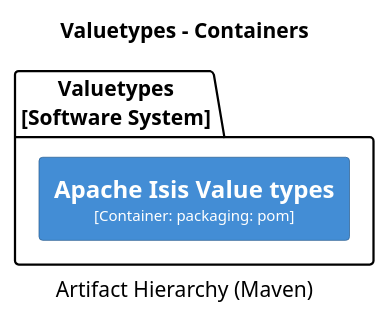
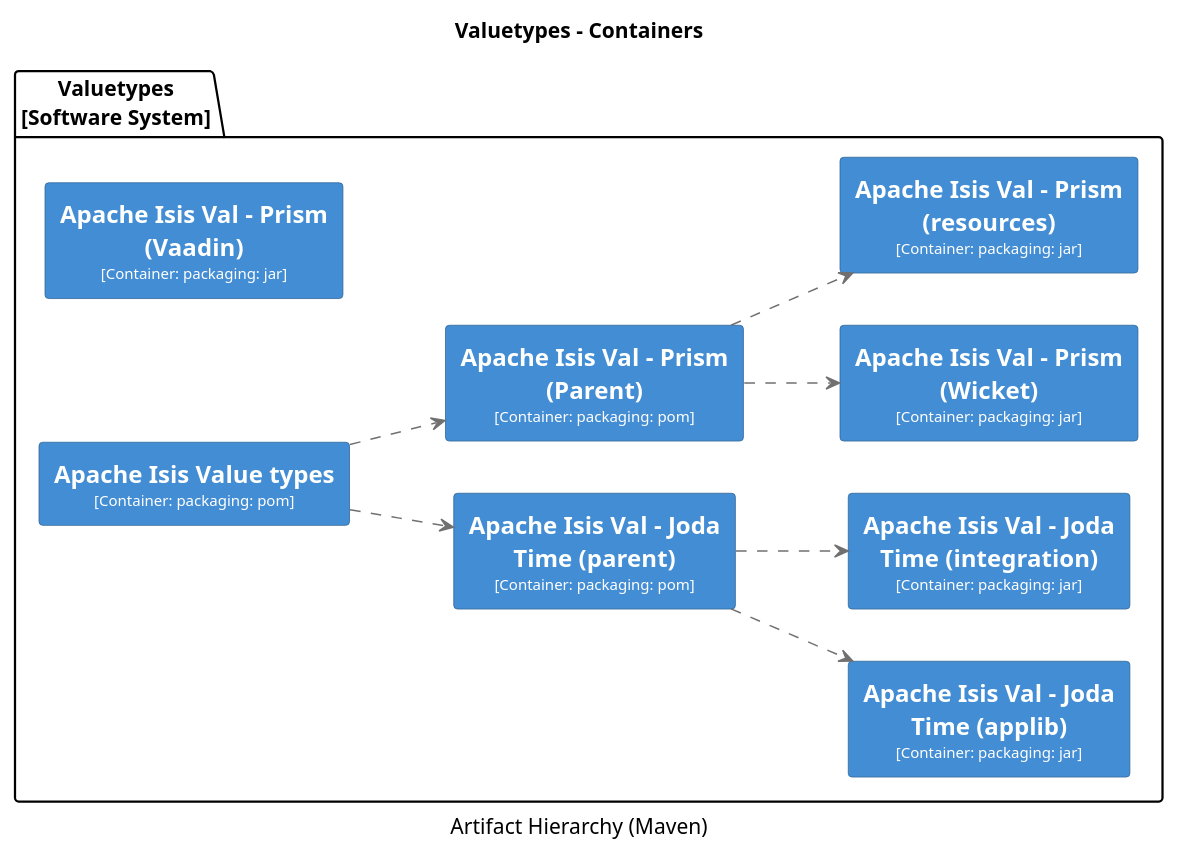
Before and after one commit to apache/causeway: diagram 17 of 38 in core/adoc/modules/_overview/pages/about.adoc, drawn with PlantUML. The commit also changed other lines of this file and 130 other files, not shown here.

```diff
--- a/core/adoc/modules/_overview/pages/about.adoc
+++ b/core/adoc/modules/_overview/pages/about.adoc
@@ -2790,25 +3053,73 @@
 [plantuml,Valuetypes,svg]
 ----
 @startuml(id=Valuetypes)
 title Valuetypes - Containers
 caption Artifact Hierarchy (Maven)
 
 skinparam {
   shadowing false
   arrowFontSize 10
   defaultTextAlignment center
   wrapWidth 200
   maxMessageSize 100
 }
 hide stereotype
 left to right direction
 skinparam rectangle<<2>> {
   BackgroundColor #438dd5
   FontColor #fffffe
   BorderColor #2E6295
 }
+skinparam rectangle<<3>> {
+  BackgroundColor #438dd5
+  FontColor #fffffe
+  BorderColor #2E6295
+}
+skinparam rectangle<<4>> {
+  BackgroundColor #438dd5
+  FontColor #fffffe
+  BorderColor #2E6295
+}
+skinparam rectangle<<5>> {
+  BackgroundColor #438dd5
+  FontColor #fffffe
+  BorderColor #2E6295
+}
+skinparam rectangle<<6>> {
+  BackgroundColor #438dd5
+  FontColor #fffffe
+  BorderColor #2E6295
+}
+skinparam rectangle<<7>> {
+  BackgroundColor #438dd5
+  FontColor #fffffe
+  BorderColor #2E6295
+}
+skinparam rectangle<<8>> {
+  BackgroundColor #438dd5
+  FontColor #fffffe
+  BorderColor #2E6295
+}
+skinparam rectangle<<9>> {
+  BackgroundColor #438dd5
+  FontColor #fffffe
+  BorderColor #2E6295
+}
 package "Valuetypes\n[Software System]" {
+  rectangle "==Apache Isis Val - Joda Time (applib)\n<size:10>[Container: packaging: jar]</size>" <<4>> as 4
+  rectangle "==Apache Isis Val - Joda Time (integration)\n<size:10>[Container: packaging: jar]</size>" <<5>> as 5
+  rectangle "==Apache Isis Val - Joda Time (parent)\n<size:10>[Container: packaging: pom]</size>" <<3>> as 3
+  rectangle "==Apache Isis Val - Prism (Parent)\n<size:10>[Container: packaging: pom]</size>" <<6>> as 6
+  rectangle "==Apache Isis Val - Prism (Vaadin)\n<size:10>[Container: packaging: jar]</size>" <<8>> as 8
+  rectangle "==Apache Isis Val - Prism (Wicket)\n<size:10>[Container: packaging: jar]</size>" <<9>> as 9
+  rectangle "==Apache Isis Val - Prism (resources)\n<size:10>[Container: packaging: jar]</size>" <<7>> as 7
   rectangle "==Apache Isis Value types\n<size:10>[Container: packaging: pom]</size>" <<2>> as 2
 }
+3 .[#707070].> 4 : ""
+3 .[#707070].> 5 : ""
+6 .[#707070].> 9 : ""
+6 .[#707070].> 7 : ""
+2 .[#707070].> 3 : ""
+2 .[#707070].> 6 : ""
 @enduml
 ----
```
